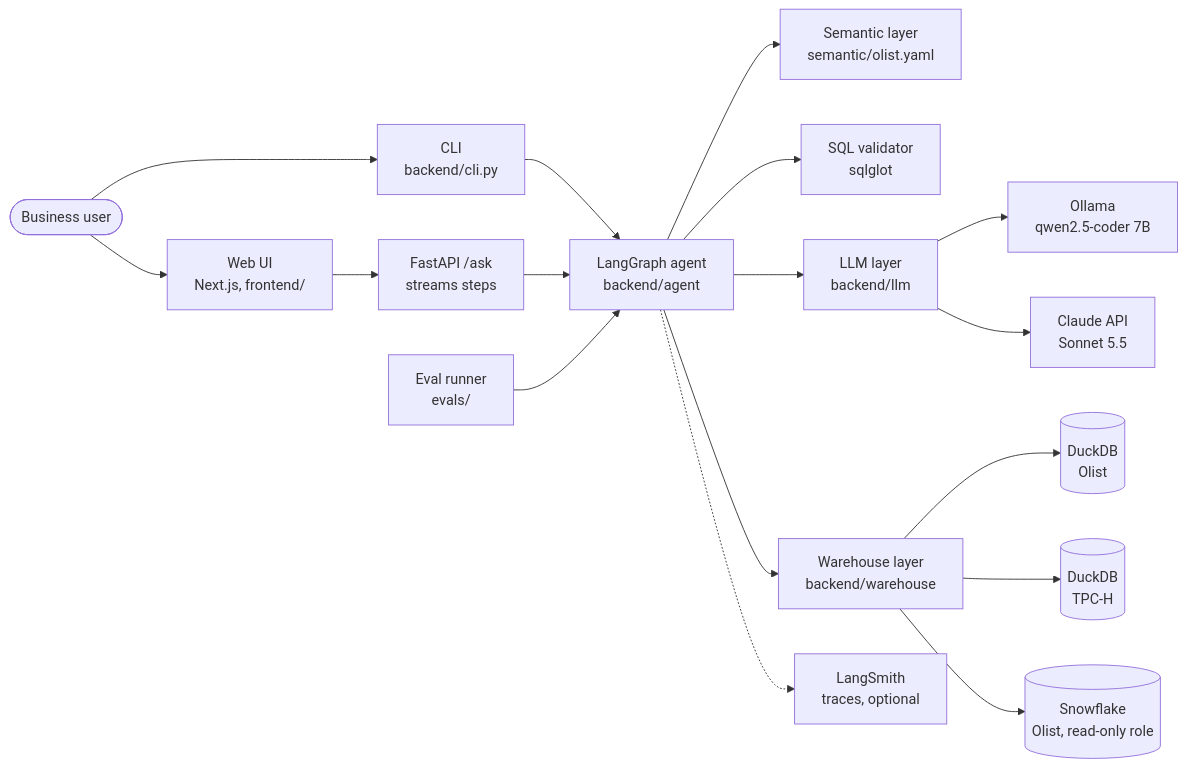
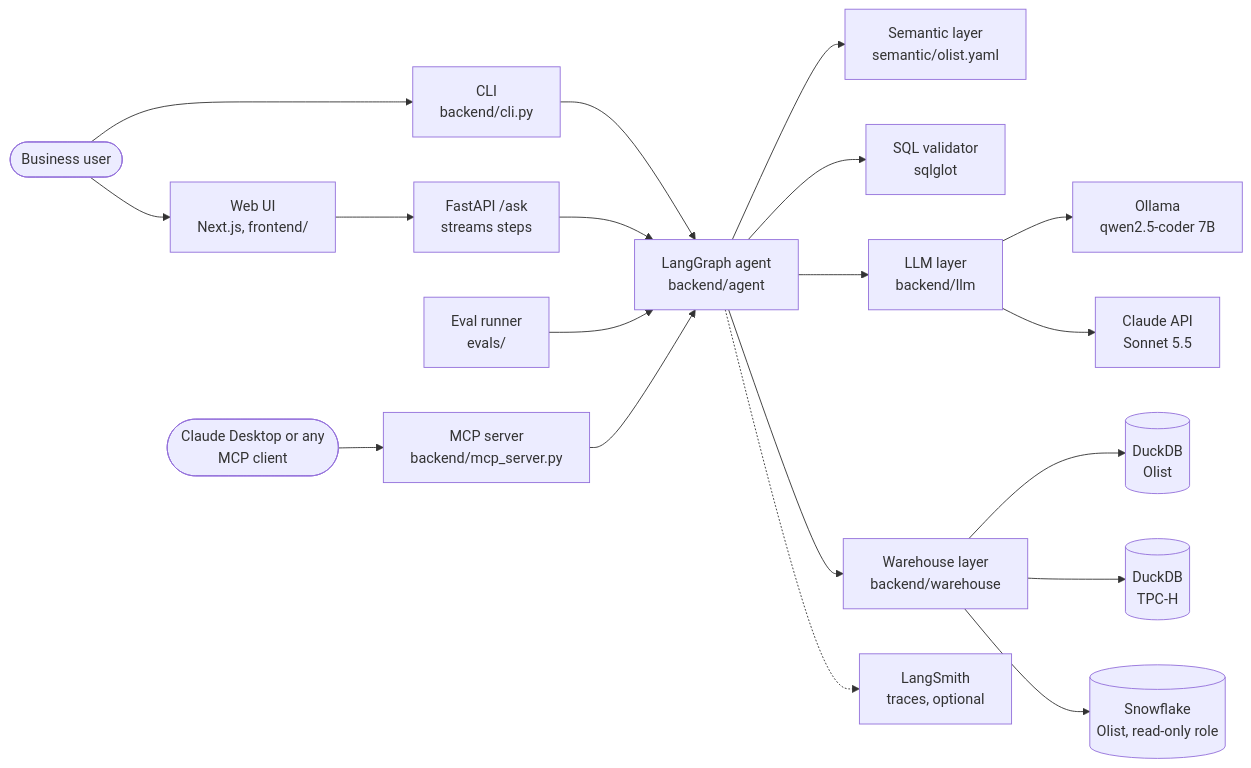
Before and after one commit to MelcoolA/querypilot: the first of 2 diagrams in README.md, drawn with Mermaid. The commit also changed other lines of this file and 6 other files, not shown here.

First line of the commit message:
Phase 5a: MCP server exposing QueryPilot to Claude Desktop

````diff
--- a/README.md
+++ b/README.md
@@ -51,19 +52,21 @@
 ```mermaid
 flowchart LR
     U([Business user]) --> UI[Web UI<br/>Next.js, frontend/]
     U --> CLI[CLI<br/>backend/cli.py]
     UI --> API[FastAPI /ask<br/>streams steps]
     CLI --> AG[LangGraph agent<br/>backend/agent]
     API --> AG
     EV[Eval runner<br/>evals/] --> AG
     AG --> SEM[Semantic layer<br/>semantic/olist.yaml]
     AG --> VAL[SQL validator<br/>sqlglot]
     AG --> LLM[LLM layer<br/>backend/llm]
     LLM --> OL[Ollama<br/>qwen2.5-coder 7B]
     LLM --> CL[Claude API<br/>Sonnet 5.5]
     AG --> WH[Warehouse layer<br/>backend/warehouse]
     WH --> D1[(DuckDB<br/>Olist)]
     WH --> D2[(DuckDB<br/>TPC-H)]
     WH --> SF[(Snowflake<br/>Olist, read-only role)]
     AG -.-> LS[LangSmith<br/>traces, optional]
+    MC([Claude Desktop or any<br/>MCP client]) --> MCP[MCP server<br/>backend/mcp_server.py]
+    MCP --> AG
 ```
````
